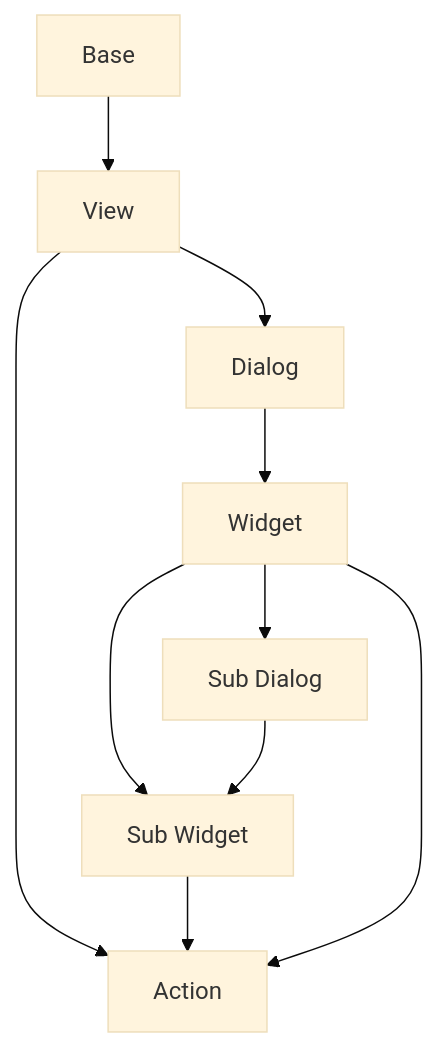
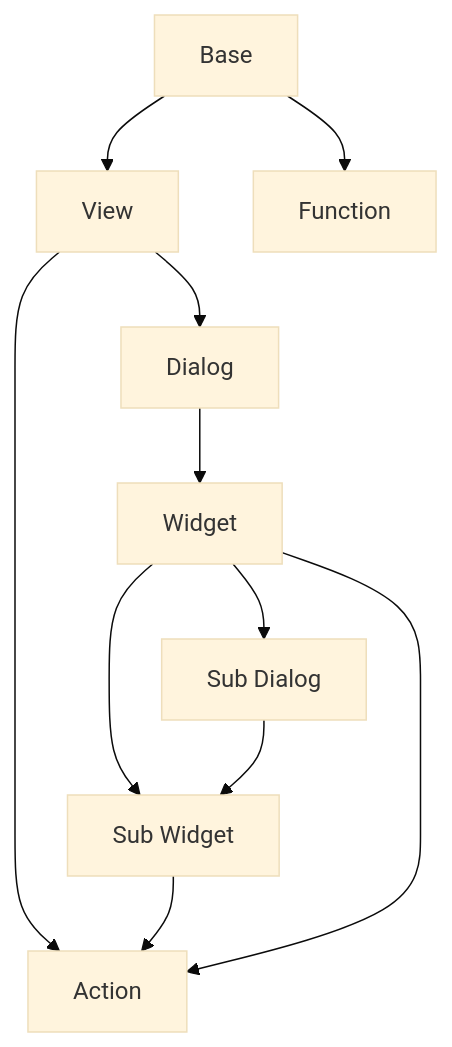
The diagram in README_DE.md (KemoPanzah/decore_Base), drawn with Mermaid (base theme) before and after one commit. The commit also changed 2 other files, not shown here.

Commit message:
[fix] Make base classes able to init normally.

````diff
--- a/README_DE.md
+++ b/README_DE.md
@@ -132,12 +132,13 @@
 ```mermaid
 graph
 A[Base] --> B[View]
+A --> Y[Function]
 B --> Z[Action]
 B --> C[Dialog]
 C --> D[Widget]
 D --> F[Sub Dialog]
 D --> G[Sub Widget]
 F --> G[Sub Widget]
 G --> Z[Action]
 D --> Z[Action]
 ```
````
